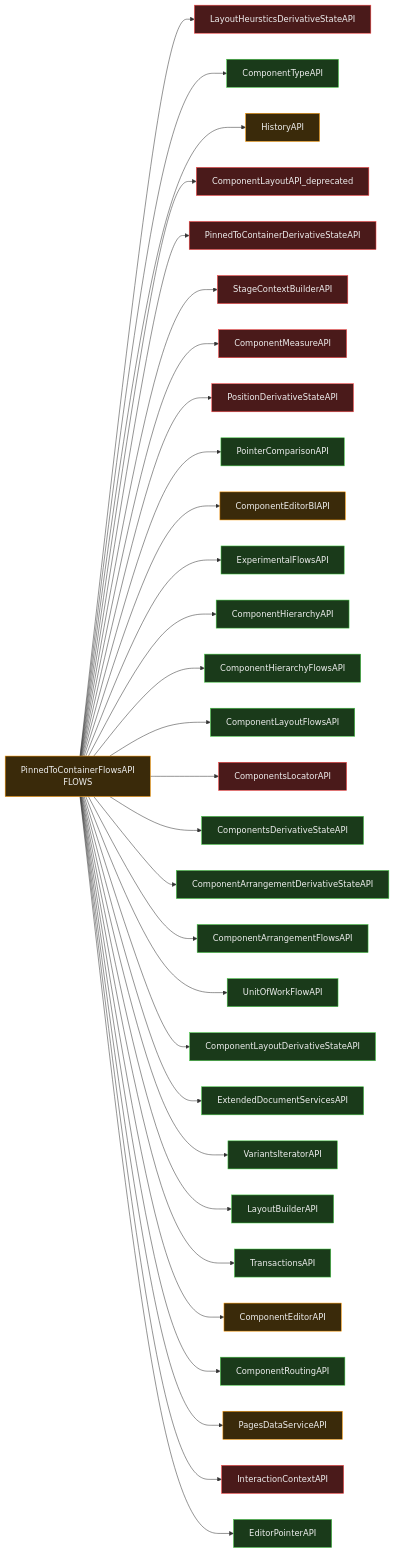
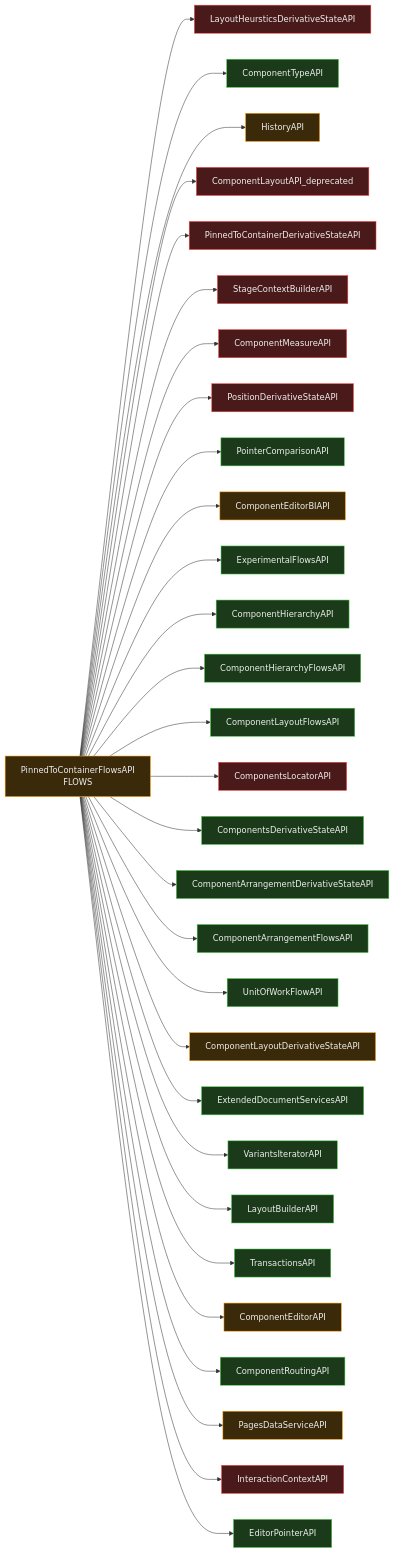
The eighth of 11 diagrams in isomorphic/ORANGE_APIS_DEPENDENCY_GRAPHS.md (zonzujiro/apis-analysis), drawn with Mermaid before and after one commit. The commit also changed other lines of this file and 2 other files, not shown here.

First line of the commit message:
Reclassify ComponentLayoutDerivativeStateAPI and ComponentReactionsDerivativeStateAPI to ORANGE

````diff
--- a/isomorphic/ORANGE_APIS_DEPENDENCY_GRAPHS.md
+++ b/isomorphic/ORANGE_APIS_DEPENDENCY_GRAPHS.md
@@ -258,38 +260,38 @@
 ```mermaid
 flowchart LR
     API["PinnedToContainerFlowsAPI\nFLOWS"]:::orange
 
     API --> LHD["LayoutHeursticsDerivativeStateAPI"]:::red
     API --> CTA["ComponentTypeAPI"]:::green
     API --> HA["HistoryAPI"]:::orange
     API --> CLD["ComponentLayoutAPI_deprecated"]:::red
     API --> PCD["PinnedToContainerDerivativeStateAPI"]:::red
     API --> SCB["StageContextBuilderAPI"]:::red
     API --> CMA["ComponentMeasureAPI"]:::red
     API --> PDS["PositionDerivativeStateAPI"]:::red
     API --> PCO["PointerComparisonAPI"]:::green
     API --> CEBI["ComponentEditorBIAPI"]:::orange
     API --> EF["ExperimentalFlowsAPI"]:::green
     API --> CHA["ComponentHierarchyAPI"]:::green
     API --> CHFA["ComponentHierarchyFlowsAPI"]:::green
     API --> CLFA["ComponentLayoutFlowsAPI"]:::green
     API --> CLC["ComponentsLocatorAPI"]:::red
     API --> CDSA["ComponentsDerivativeStateAPI"]:::green
     API --> CADA["ComponentArrangementDerivativeStateAPI"]:::green
     API --> CAFA["ComponentArrangementFlowsAPI"]:::green
     API --> UOW["UnitOfWorkFlowAPI"]:::green
-    API --> CLDA["ComponentLayoutDerivativeStateAPI"]:::green
+    API --> CLDA["ComponentLayoutDerivativeStateAPI"]:::orange
     API --> EDSA["ExtendedDocumentServicesAPI"]:::green
     API --> VIA["VariantsIteratorAPI"]:::green
     API --> LBA["LayoutBuilderAPI"]:::green
     API --> TA["TransactionsAPI"]:::green
     API --> CEA["ComponentEditorAPI"]:::orange
     API --> CRA["ComponentRoutingAPI"]:::green
     API --> PDSA["PagesDataServiceAPI"]:::orange
     API --> ICA["InteractionContextAPI"]:::red
     API --> EPA["EditorPointerAPI"]:::green
 
     classDef red fill:#4a1a1a,stroke:#f44,color:#eee
     classDef orange fill:#3a2a0a,stroke:#f90,color:#eee
     classDef green fill:#1a3a1a,stroke:#4c4,color:#eee
 ```
````
